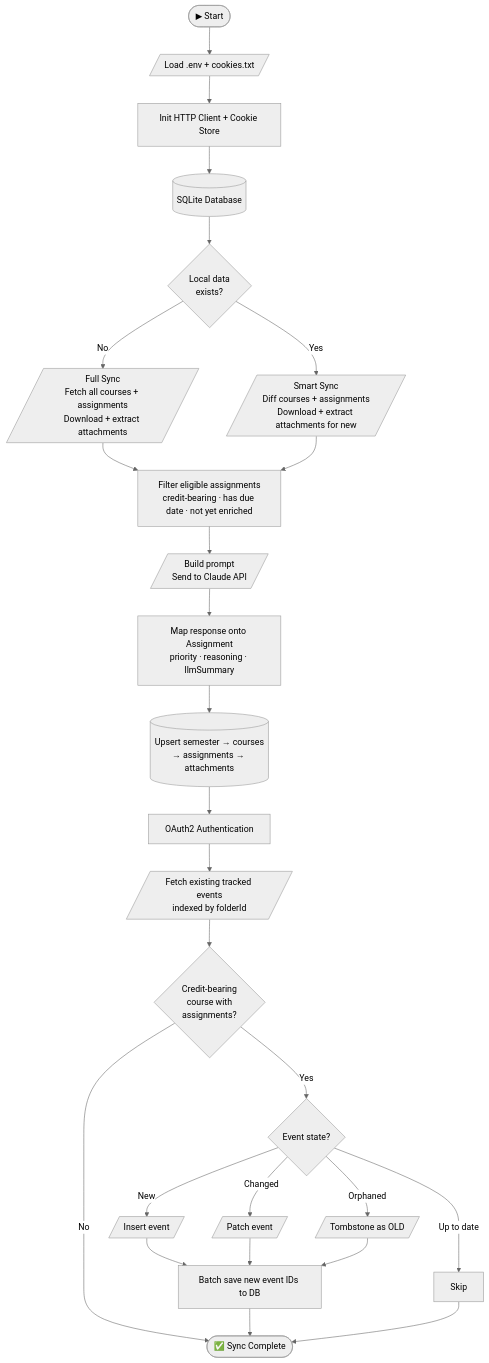
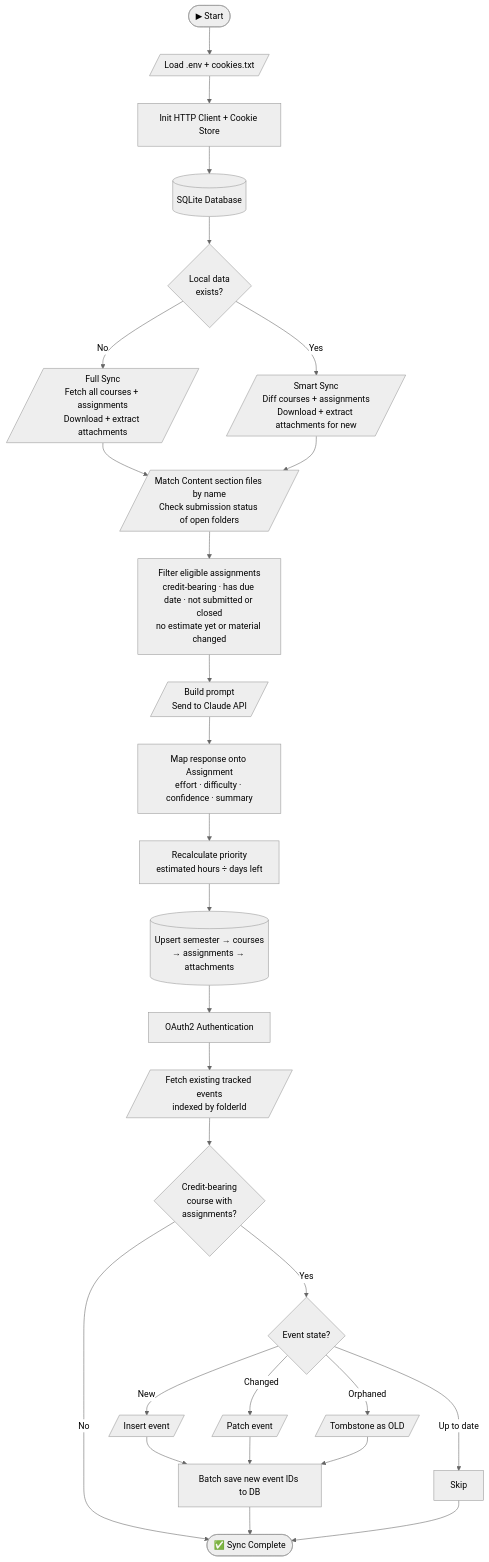
The diagram in README.md (Adamolids/Brightspace_Assignment_Tracker), drawn with Mermaid (neutral theme) before and after one commit. The commit also changed other lines of this file and 35 other files, not shown here.

First line of the commit message:
Rank assignments by estimated effort and time left

````diff
--- a/README.md
+++ b/README.md
@@ -54,40 +65,44 @@
 ```mermaid
 flowchart TD
     START([▶ Start])
 
     START --> A1
 
     A1[/Load .env + cookies.txt/] --> A2[Init HTTP Client + Cookie Store]
     A2 --> A3[(SQLite Database)]
 
     A3 --> B1
 
     B1{Local data<br/>exists?}
     B1 -->|No| B2[/Full Sync<br/>Fetch all courses + assignments<br/>Download + extract attachments/]
     B1 -->|Yes| B3[/Smart Sync<br/>Diff courses + assignments<br/>Download + extract attachments for new/]
 
-    B2 & B3 --> C1
+    B2 & B3 --> B4[/Match Content section files by name<br/>Check submission status of open folders/]
 
-    C1[Filter eligible assignments<br/>credit-bearing · has due date · not yet enriched] --> C2[/Build prompt<br/>Send to Claude API/]
-    C2 --> C3[Map response onto Assignment<br/>priority · reasoning · llmSummary]
+    B4 --> C1
 
-    C3 --> D1
+    C1[Filter eligible assignments<br/>credit-bearing · has due date · not submitted or closed<br/>no estimate yet or material changed] --> C2[/Build prompt<br/>Send to Claude API/]
+    C2 --> C3[Map response onto Assignment<br/>effort · difficulty · confidence · summary]
+
+    C3 --> C4[Recalculate priority<br/>estimated hours ÷ days left]
+
+    C4 --> D1
 
     D1[(Upsert semester → courses<br/>→ assignments → attachments)]
 
     D1 --> E1
 
     E1[OAuth2 Authentication] --> E2[/Fetch existing tracked events<br/>indexed by folderId/]
     E2 --> D2{Credit-bearing<br/>course with<br/>assignments?}
     D2 -->|No| END
     D2 -->|Yes| E3{Event state?}
 
     E3 -->|New| E4[/Insert event/]
     E3 -->|Changed| E5[/Patch event/]
     E3 -->|Up to date| E6[Skip]
     E3 -->|Orphaned| E7[/Tombstone as OLD/]
 
     E4 & E5 & E7 --> E8[Batch save new event IDs to DB]
 
     E8 & E6 --> END([✅ Sync Complete])
 ```
````
